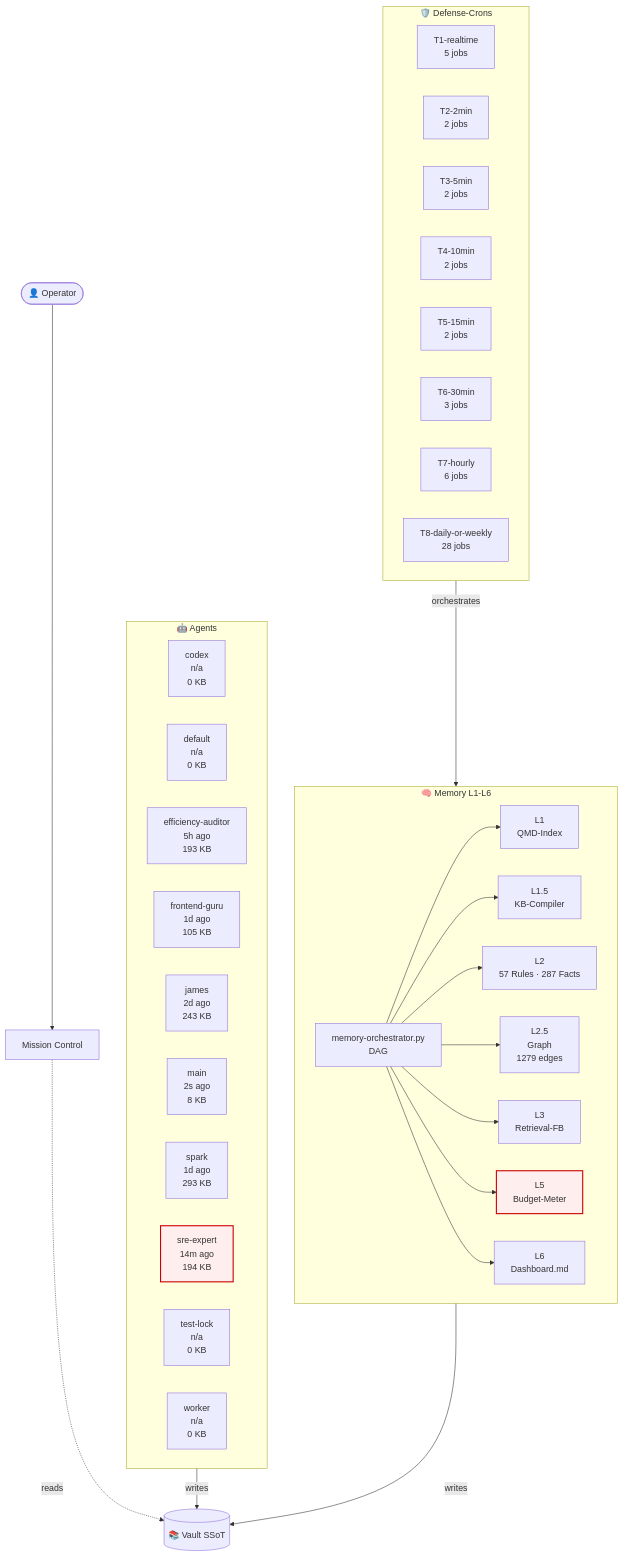
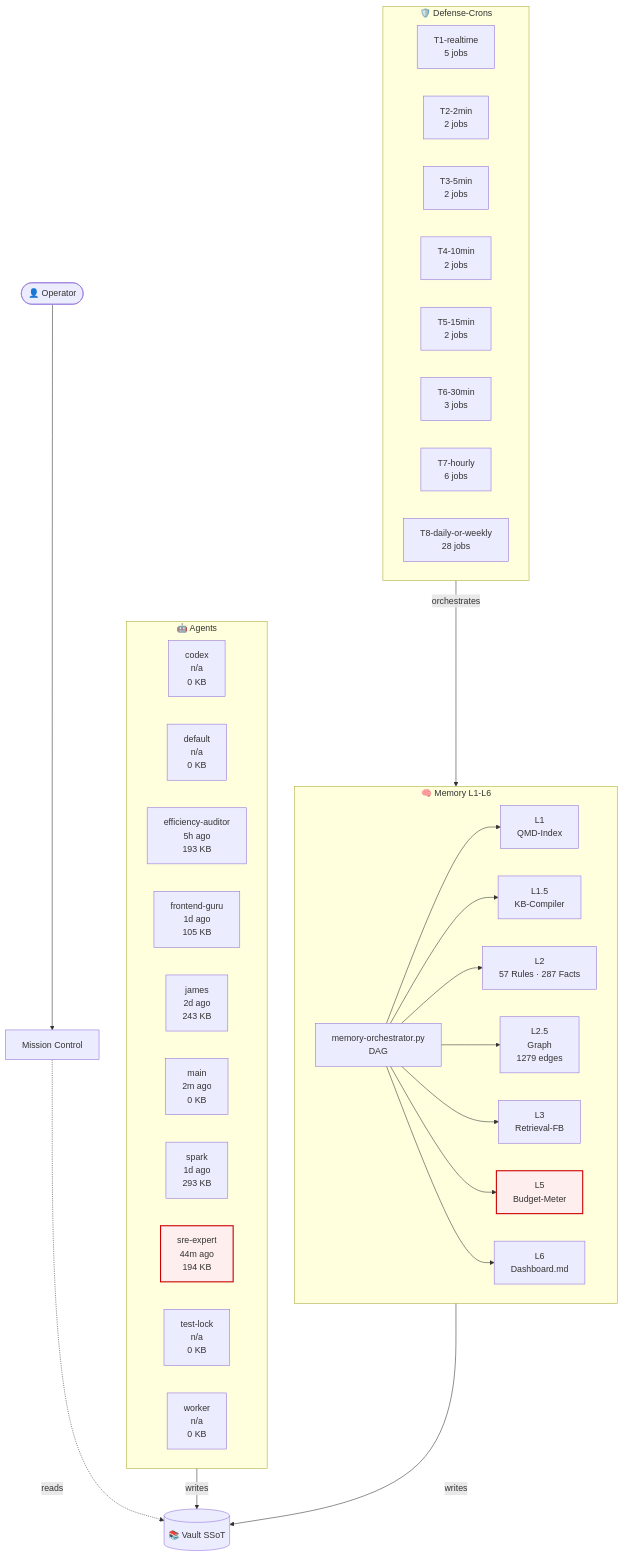
Before and after one commit to lenardhuebner88-rgb/openclaw-memory: the diagram in 03-Agents/architecture-live.md, drawn with Mermaid. The commit also changed other lines of this file and 6 other files, not shown here.

````diff
--- a/03-Agents/architecture-live.md
+++ b/03-Agents/architecture-live.md
@@ -18,53 +18,53 @@
 ```mermaid
 flowchart TB
     classDef critical fill:#fee,stroke:#c00,stroke-width:2px;
     subgraph AGT["🤖 Agents"]
         agent_codex["codex<br/>n/a<br/>0 KB"]
         agent_default["default<br/>n/a<br/>0 KB"]
         agent_efficiency_auditor["efficiency-auditor<br/>5h ago<br/>193 KB"]
         agent_frontend_guru["frontend-guru<br/>1d ago<br/>105 KB"]
         agent_james["james<br/>2d ago<br/>243 KB"]
-        agent_main["main<br/>2s ago<br/>8 KB"]
+        agent_main["main<br/>2m ago<br/>0 KB"]
         agent_spark["spark<br/>1d ago<br/>293 KB"]
-        agent_sre_expert["sre-expert<br/>14m ago<br/>194 KB"]
+        agent_sre_expert["sre-expert<br/>44m ago<br/>194 KB"]
         agent_test_lock["test-lock<br/>n/a<br/>0 KB"]
         agent_worker["worker<br/>n/a<br/>0 KB"]
     end
     subgraph MEM["🧠 Memory L1-L6"]
         L1["L1<br/>QMD-Index"]
         L15["L1.5<br/>KB-Compiler"]
         L2["L2<br/>57 Rules · 287 Facts"]
         L25["L2.5<br/>Graph<br/>1279 edges"]
         L3["L3<br/>Retrieval-FB"]
         L5["L5<br/>Budget-Meter"]
         L6["L6<br/>Dashboard.md"]
         ORCH["memory-orchestrator.py<br/>DAG"]
     end
     subgraph CRN["🛡️ Defense-Crons"]
         tier_T1_realtime["T1-realtime<br/>5 jobs"]
         tier_T2_2min["T2-2min<br/>2 jobs"]
         tier_T3_5min["T3-5min<br/>2 jobs"]
         tier_T4_10min["T4-10min<br/>2 jobs"]
         tier_T5_15min["T5-15min<br/>2 jobs"]
         tier_T6_30min["T6-30min<br/>3 jobs"]
         tier_T7_hourly["T7-hourly<br/>6 jobs"]
         tier_T8_daily_or_weekly["T8-daily-or-weekly<br/>28 jobs"]
     end
     VAULT[("📚 Vault SSoT")]
     OP([👤 Operator])
     MC["Mission Control"]
     OP --> MC
     MC -.reads.-> VAULT
     AGT -->|writes| VAULT
     MEM -->|writes| VAULT
     ORCH --> L1
     ORCH --> L15
     ORCH --> L2
     ORCH --> L25
     ORCH --> L3
     ORCH --> L5
     ORCH --> L6
     CRN -->|orchestrates| MEM
     class L5 critical
     class agent_sre_expert critical
 ```
````
